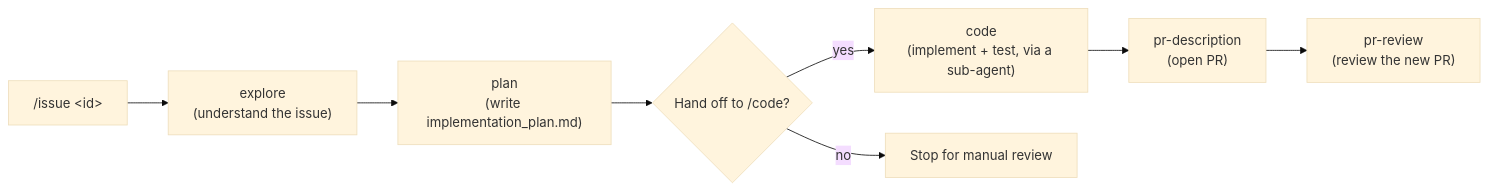
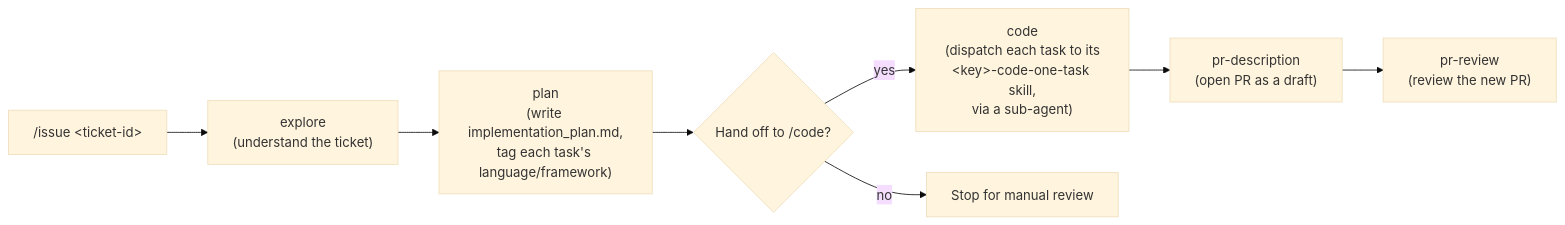
One commit to albertoirurueta/ai-catalog changed the fourth of 7 diagrams in docs/modules/ROOT/pages/index.adoc. Above: the diagram before and after it, drawn with Mermaid (base theme). The commit also changed other lines of this file and 23 other files, not shown here.

```diff
--- a/docs/modules/ROOT/pages/index.adoc
+++ b/docs/modules/ROOT/pages/index.adoc
@@ -457,11 +609,11 @@
 [mermaid]
 ....
 flowchart LR
-    A["/issue &lt;id&gt;"] --> B["explore\n(understand the issue)"]
-    B --> C["plan\n(write implementation_plan.md)"]
+    A["/issue &lt;ticket-id&gt;"] --> B["explore\n(understand the ticket)"]
+    B --> C["plan\n(write implementation_plan.md,\ntag each task's language/framework)"]
     C --> D{Hand off to /code?}
-    D -- yes --> E["code\n(implement + test, via a sub-agent)"]
+    D -- yes --> E["code\n(dispatch each task to its\n&lt;key&gt;-code-one-task skill,\nvia a sub-agent)"]
     D -- no --> H[Stop for manual review]
-    E --> F["pr-description\n(open PR)"]
+    E --> F["pr-description\n(open PR as a draft)"]
     F --> G["pr-review\n(review the new PR)"]
 ....
```
